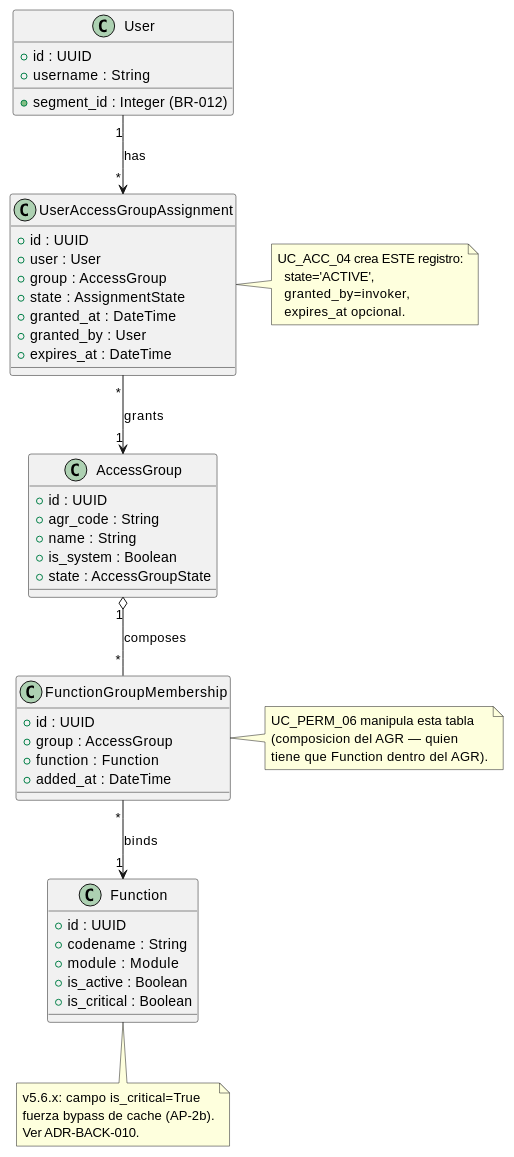
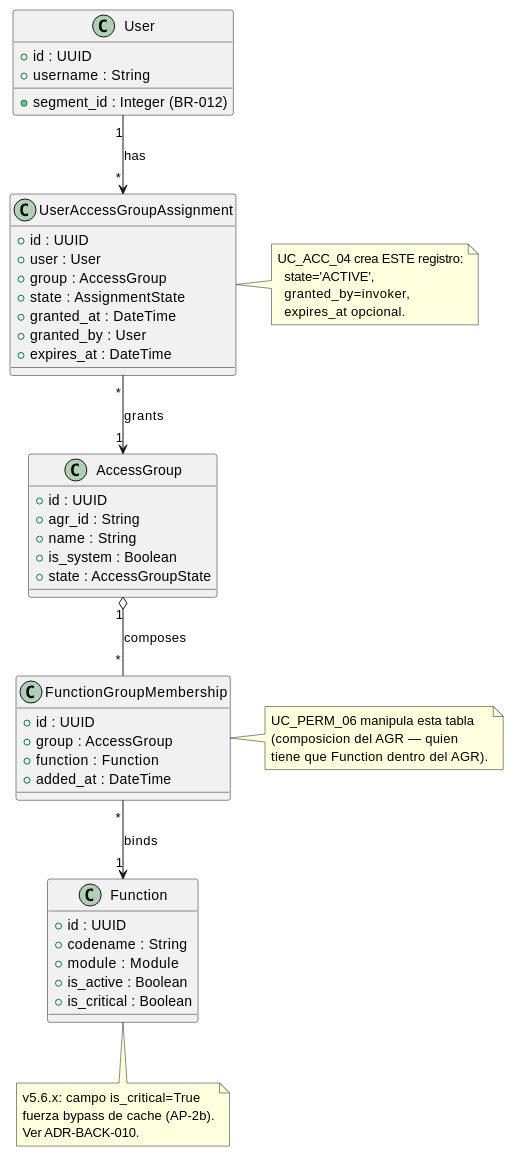
One commit to jcg-admin/IACT-docs changed the diagram in source/requisitos/casos-uso/access/uc-acc-04/diagramas-uml/diagrama-de-agr-como-agregacion.rst. Above: the diagram before and after it, drawn with PlantUML. The commit also changed 7 other files, not shown here.

```diff
--- a/source/requisitos/casos-uso/access/uc-acc-04/diagramas-uml/diagrama-de-agr-como-agregacion.rst
+++ b/source/requisitos/casos-uso/access/uc-acc-04/diagramas-uml/diagrama-de-agr-como-agregacion.rst
@@ -6,70 +6,70 @@
 .. uml::
  :caption: AGR contiene Functions via FunctionGroupMembership;
            UC_ACC_04 crea el UserAccessGroupAssignment.
 
  @startuml
 
  class User {
    + id : UUID
    + username : String
    + segment_id : Integer (BR-012)
  }
 
  class UserAccessGroupAssignment {
    + id : UUID
    + user : User
    + group : AccessGroup
    + state : AssignmentState
    + granted_at : DateTime
    + granted_by : User
    + expires_at : DateTime
  }
 
  class AccessGroup {
    + id : UUID
-   + agr_code : String
+   + agr_id : String
    + name : String
    + is_system : Boolean
    + state : AccessGroupState
  }
 
  class FunctionGroupMembership {
    + id : UUID
    + group : AccessGroup
    + function : Function
    + added_at : DateTime
  }
 
  class Function {
    + id : UUID
    + codename : String
    + module : Module
    + is_active : Boolean
    + is_critical : Boolean
  }
 
  User "1" --> "*" UserAccessGroupAssignment : has
  UserAccessGroupAssignment "*" --> "1" AccessGroup : grants
  AccessGroup "1" o-- "*" FunctionGroupMembership : composes
  FunctionGroupMembership "*" --> "1" Function : binds
 
  note right of UserAccessGroupAssignment
    UC_ACC_04 crea ESTE registro:
      state='ACTIVE',
      granted_by=invoker,
      expires_at opcional.
  end note
 
  note right of FunctionGroupMembership
    UC_PERM_06 manipula esta tabla
    (composicion del AGR — quien
    tiene que Function dentro del AGR).
  end note
 
  note bottom of Function
    v5.6.x: campo is_critical=True
    fuerza bypass de cache (AP-2b).
    Ver ADR-BACK-010.
  end note
 
  @enduml
```
